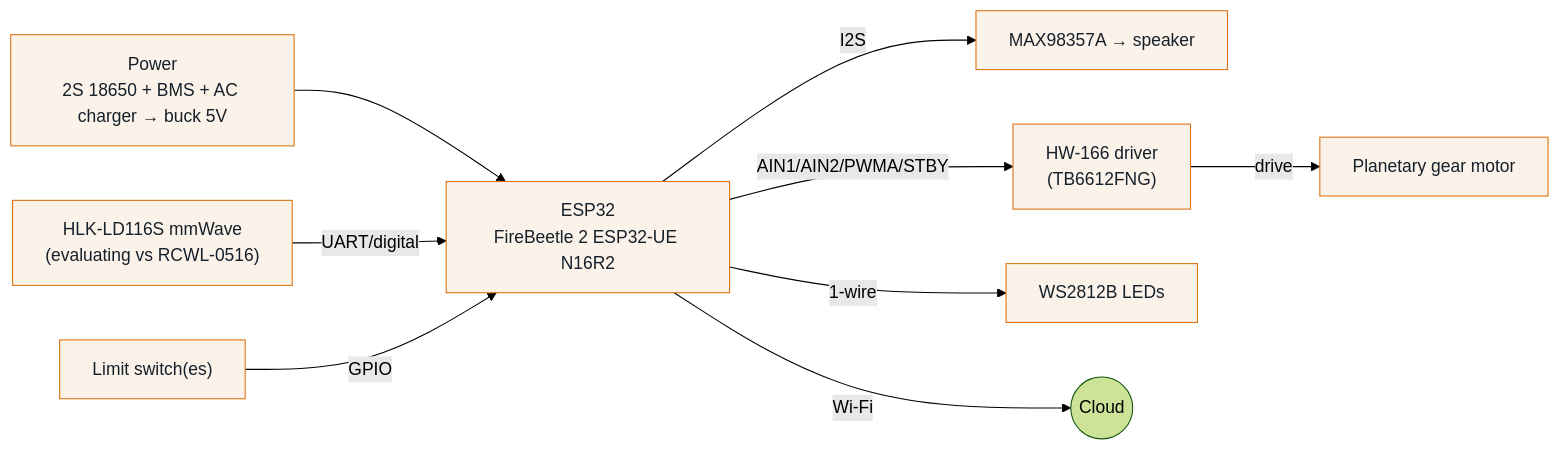
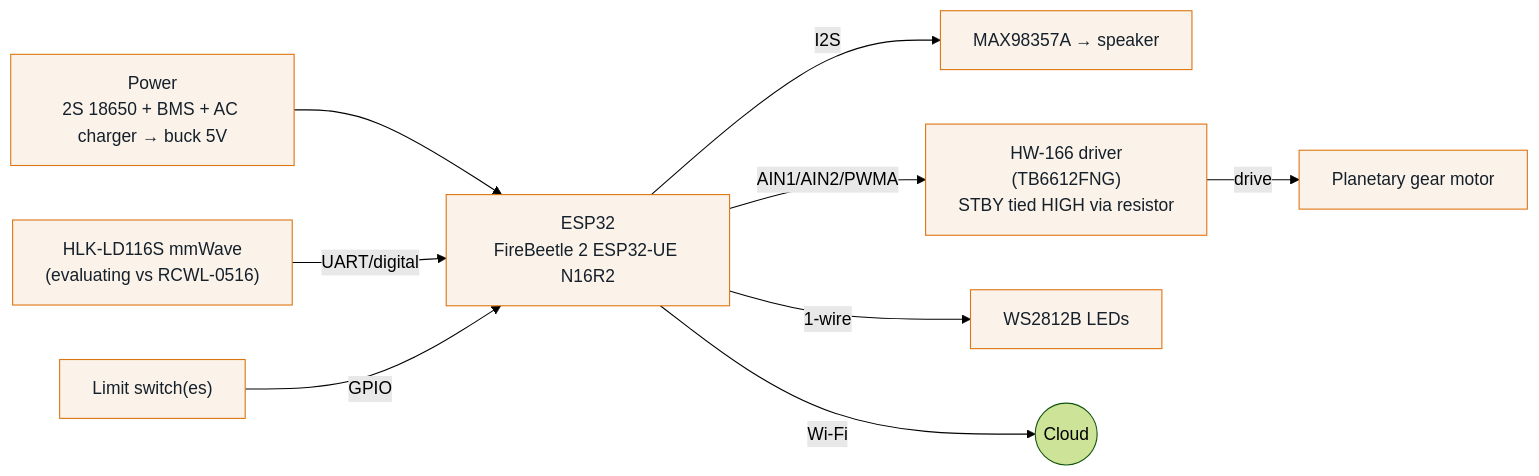
Before and after one commit to manavkhadka0/engage-bot: the first of 2 diagrams in team/ELECTRONICS_ARCHITECTURE.md, drawn with Mermaid (forest theme). The commit also changed other lines of this file and 13 other files, not shown here.

````diff
--- a/team/ELECTRONICS_ARCHITECTURE.md
+++ b/team/ELECTRONICS_ARCHITECTURE.md
@@ -38,12 +47,12 @@
 ```mermaid
 graph LR
     PWR["Power<br/>2S 18650 + BMS + AC charger → buck 5V"] --> ESP["ESP32<br/>FireBeetle 2 ESP32-UE N16R2"]
     LD["HLK-LD116S mmWave<br/>(evaluating vs RCWL-0516)"] -->|UART/digital| ESP
     ESP -->|I2S| AMP["MAX98357A → speaker"]
-    ESP -->|AIN1/AIN2/PWMA/STBY| DRV["HW-166 driver<br/>(TB6612FNG)"] -->|drive| MOT["Planetary gear motor"]
+    ESP -->|AIN1/AIN2/PWMA| DRV["HW-166 driver<br/>(TB6612FNG)<br/>STBY tied HIGH via resistor"] -->|drive| MOT["Planetary gear motor"]
     LIM["Limit switch(es)"] -->|GPIO| ESP
     ESP -->|1-wire| LED["WS2812B LEDs"]
     ESP -->|Wi-Fi| NET(("Cloud"))
     classDef n fill:#fbf3e9,stroke:#dd7411,color:#15202b;
     class PWR,ESP,LD,AMP,DRV,MOT,LIM,LED n;
 ```
````
